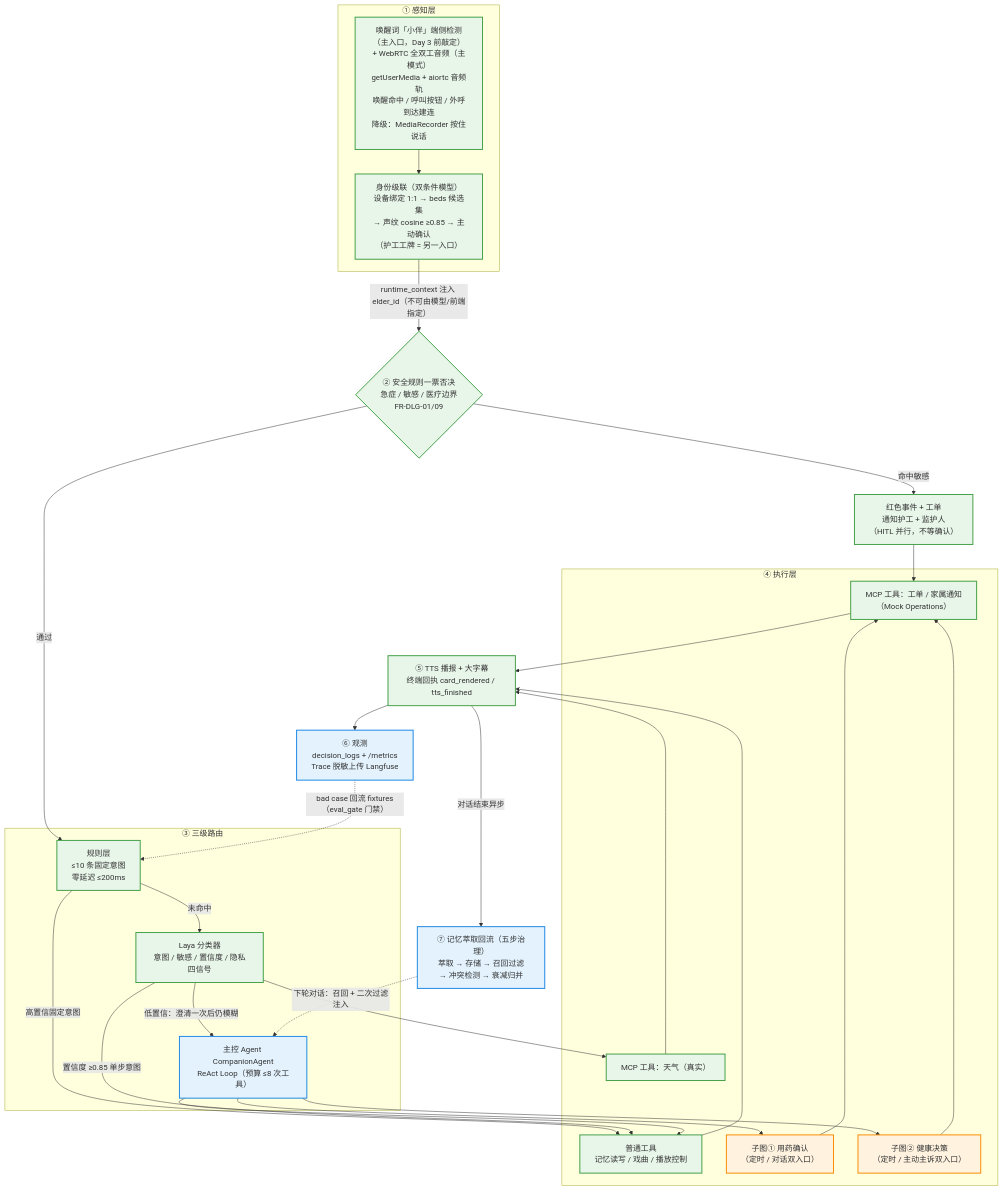
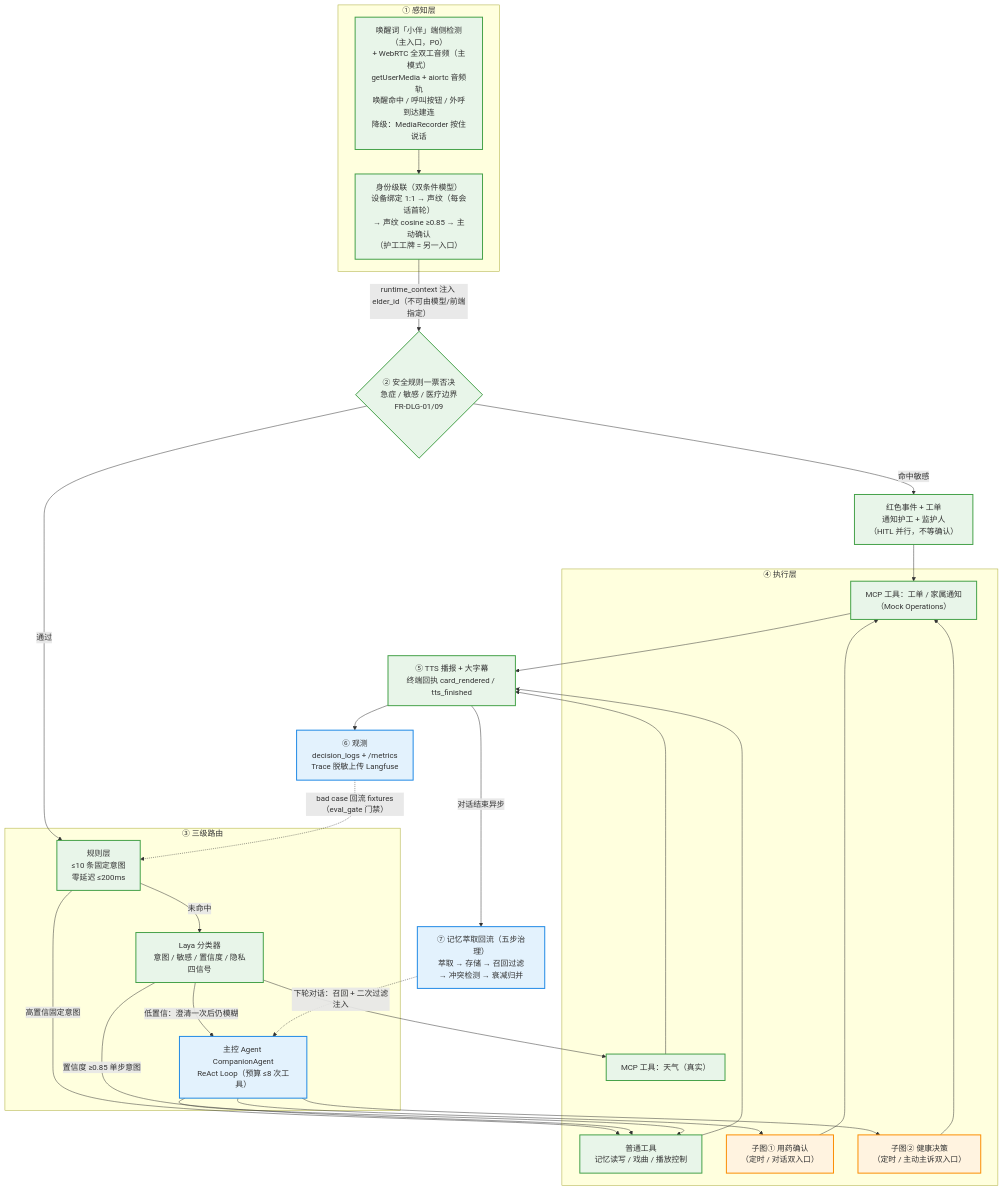
Before and after one commit to zha-yu/kangban: the second of 4 diagrams in docs/康伴3D数字人_技术设计文档.md, drawn with Mermaid. The commit also changed other lines of this file and 10 other files, not shown here.

````diff
--- a/docs/康伴3D数字人_技术设计文档.md
+++ b/docs/康伴3D数字人_技术设计文档.md
@@ -708,59 +708,59 @@
 ```mermaid
 flowchart TB
     subgraph SENSE["① 感知层"]
-        MIC["唤醒词「小伴」端侧检测（主入口，Day 3 前敲定）<br/>+ WebRTC 全双工音频（主模式）<br/>getUserMedia + aiortc 音频轨<br/>唤醒命中 / 呼叫按钮 / 外呼到达建连<br/>降级：MediaRecorder 按住说话"]
-        IDEN["身份级联（双条件模型）<br/>设备绑定 1:1 → beds 候选集<br/>→ 声纹 cosine ≥0.85 → 主动确认<br/>（护工工牌 = 另一入口）"]
+        MIC["唤醒词「小伴」端侧检测（主入口，P0）<br/>+ WebRTC 全双工音频（主模式）<br/>getUserMedia + aiortc 音频轨<br/>唤醒命中 / 呼叫按钮 / 外呼到达建连<br/>降级：MediaRecorder 按住说话"]
+        IDEN["身份级联（双条件模型）<br/>设备绑定 1:1 → 声纹（每会话首轮）<br/>→ 声纹 cosine ≥0.85 → 主动确认<br/>（护工工牌 = 另一入口）"]
     end
 
     VETO{"② 安全规则一票否决<br/>急症 / 敏感 / 医疗边界<br/>FR-DLG-01/09"}
     RED["红色事件 + 工单<br/>通知护工 + 监护人<br/>（HITL 并行，不等确认）"]
 
     subgraph ROUTE["③ 三级路由"]
         R1["规则层<br/>≤10 条固定意图<br/>零延迟 ≤200ms"]
         R2["Laya 分类器<br/>意图 / 敏感 / 置信度 / 隐私四信号"]
         R3["主控 Agent CompanionAgent<br/>ReAct Loop（预算 ≤8 次工具）"]
     end
 
     subgraph ACT["④ 执行层"]
         T1["普通工具<br/>记忆读写 / 戏曲 / 播放控制"]
         T2["MCP 工具：天气（真实）"]
         SG1["子图① 用药确认<br/>（定时 / 对话双入口）"]
         SG2["子图② 健康决策<br/>（定时 / 主动主诉双入口）"]
         T3["MCP 工具：工单 / 家属通知<br/>（Mock Operations）"]
     end
 
     OUT["⑤ TTS 播报 + 大字幕<br/>终端回执 card_rendered / tts_finished"]
     OBS["⑥ 观测<br/>decision_logs + /metrics<br/>Trace 脱敏上传 Langfuse"]
     MEM["⑦ 记忆萃取回流（五步治理）<br/>萃取 → 存储 → 召回过滤<br/>→ 冲突检测 → 衰减归并"]
 
     MIC --> IDEN
     IDEN -->|"runtime_context 注入 elder_id（不可由模型/前端指定）"| VETO
     VETO -->|命中敏感| RED
     VETO -->|通过| R1
     R1 -->|未命中| R2
     R2 -->|"低置信：澄清一次后仍模糊"| R3
     R1 -->|高置信固定意图| T1
     R2 -->|"置信度 ≥0.85 单步意图"| T1
     R2 --> T2
     R3 --> T1
     R3 --> SG1
     R3 --> SG2
     SG1 --> T3
     SG2 --> T3
     RED --> T3
     T1 --> OUT
     T2 --> OUT
     T3 --> OUT
     OUT --> OBS
     OUT -->|对话结束异步| MEM
     MEM -.->|下轮对话：召回 + 二次过滤注入| R3
     OBS -.->|"bad case 回流 fixtures（eval_gate 门禁）"| R1
 
     classDef wf fill:#e8f5e9,stroke:#43a047,stroke-width:2px;
     classDef ag fill:#e3f2fd,stroke:#1e88e5,stroke-width:2px;
     classDef sg fill:#fff3e0,stroke:#fb8c00,stroke-width:2px;
     class MIC,IDEN,VETO,RED,R1,R2,T1,T2,T3,OUT wf;
     class R3 ag;
     class SG1,SG2 sg;
     class OBS,MEM ag;
 ```
````
